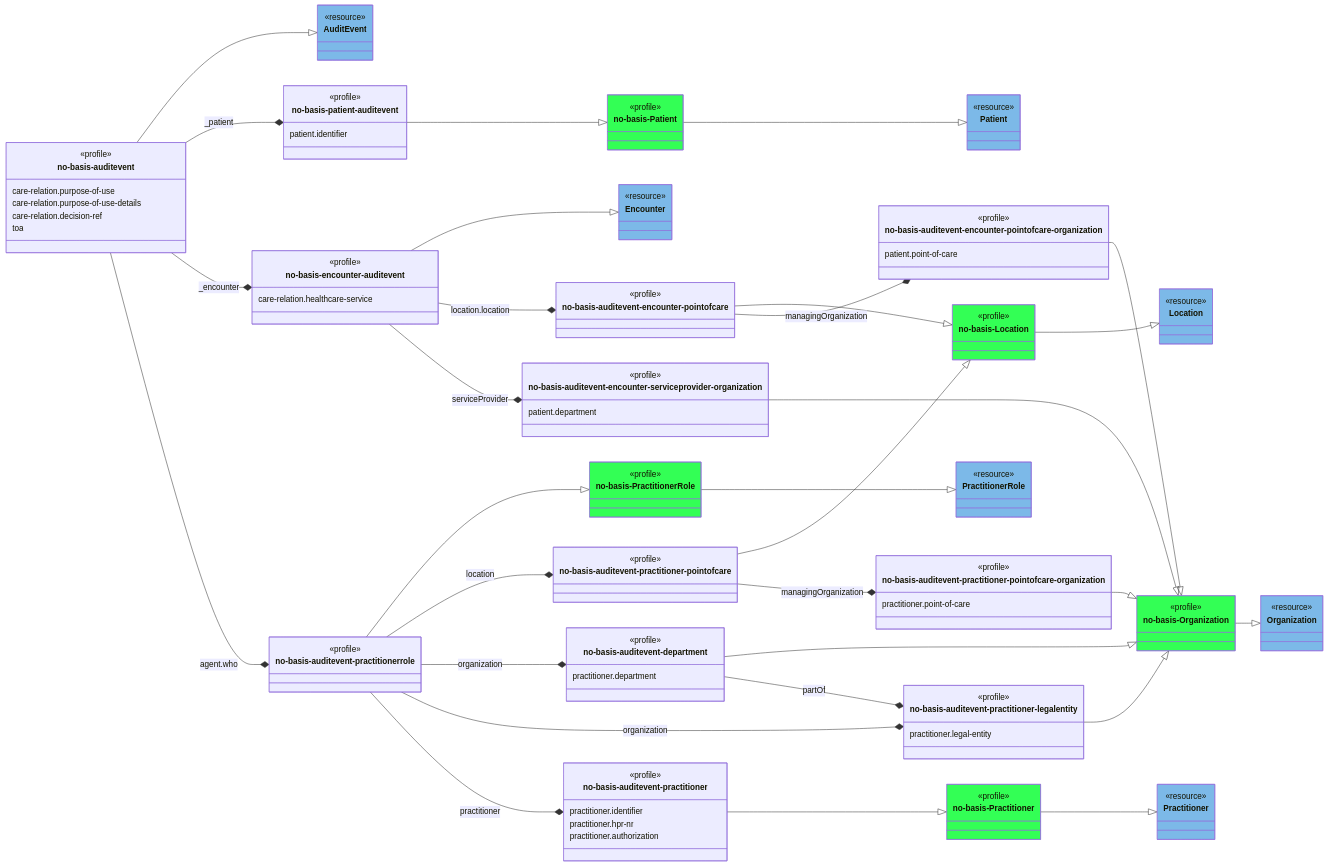
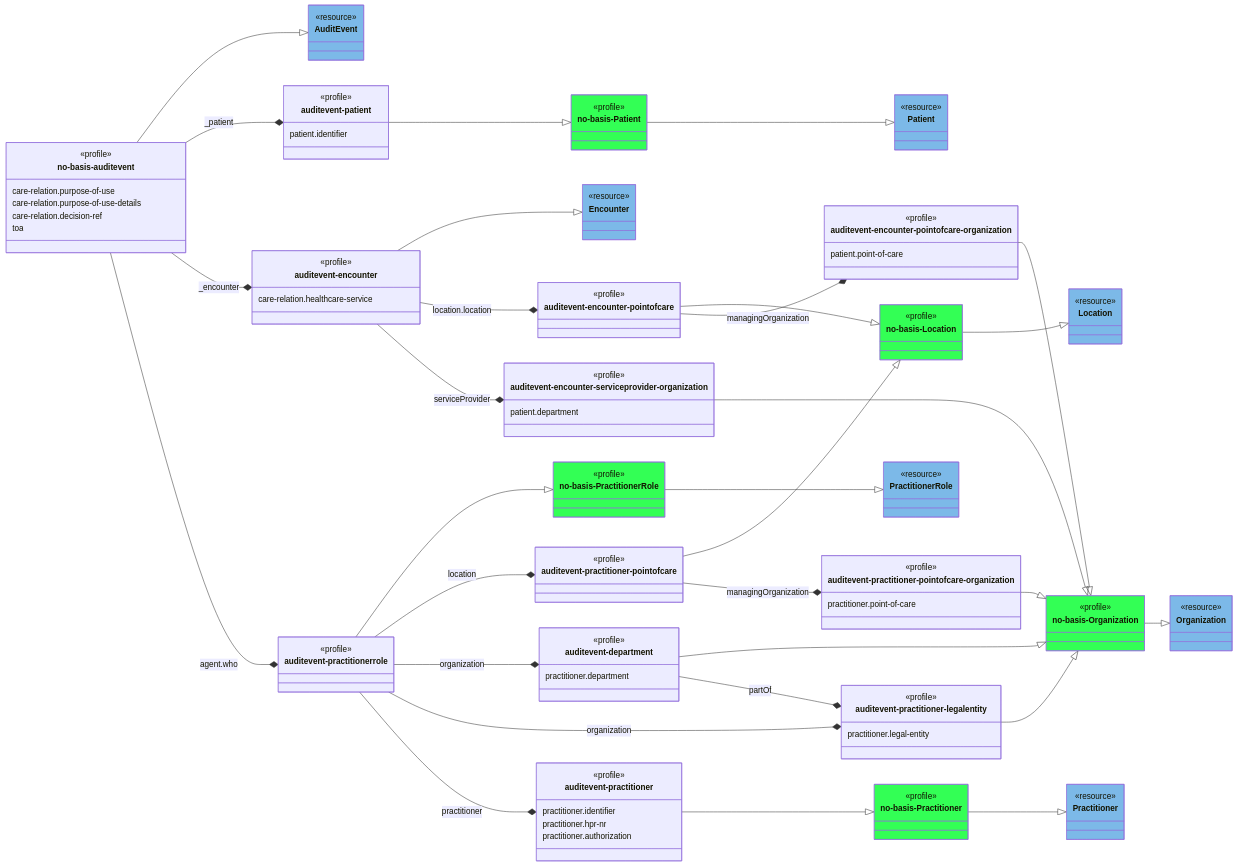
Before and after one commit to HL7Norway/AuditEvent: the diagram in AuditEvent/input/images/AuditEvent-ClassDiagram.mmd, drawn with Mermaid. The commit also changed other lines of this file and 11 other files, not shown here.

```diff
--- a/AuditEvent/input/images/AuditEvent-ClassDiagram.mmd
+++ b/AuditEvent/input/images/AuditEvent-ClassDiagram.mmd
@@ -1,138 +1,136 @@
 classDiagram
    direction RL
    class AuditEvent { <<resource>>  }
    style AuditEvent fill:#7CB9E8
    class Practitioner { <<resource>> }
    style Practitioner fill:#7CB9E8   
    class PractitionerRole { <<resource>> }
    style PractitionerRole fill:#7CB9E8      
    class Organization { <<resource>> }
    style Organization fill:#7CB9E8         
    class Location { <<resource>> }
    style Location fill:#7CB9E8        
    class Patient { <<resource>> }
    style Patient fill:#7CB9E8           
    class Encounter { <<resource>> }
    style Encounter fill:#7CB9E8 
+  
  
    class no_basis_Patient["no-basis-Patient"]  {<<profile>>}
    class no_basis_Location["no-basis-Location"] {<<profile>>}
    class no_basis_PractitionerRole["no-basis-PractitionerRole"] {<<profile>>}
    class no_basis_Organization["no-basis-Organization"] {<<profile>>}
    class no_basis_Practitioner["no-basis-Practitioner"] {<<profile>>}
    style no_basis_Practitioner fill:#33FF55 
    style no_basis_Patient fill:#33FF55 
    style no_basis_Location fill:#33FF55 
    style no_basis_Organization fill:#33FF55     
    style no_basis_PractitionerRole fill:#33FF55     
                
    class no-basis-auditevent {
      <<profile>>
      care-relation.purpose-of-use
      care-relation.purpose-of-use-details
      care-relation.decision-ref     
      toa
    }
   
 
-   class no-basis-auditevent-practitionerrole  {<<profile>>}
-   class no-basis-auditevent-department { 
+   class auditevent-practitionerrole  {<<profile>>}
+   class auditevent-department { 
      <<profile>>
      practitioner.department
    }   
+  
 
-   class no-basis-auditevent-practitioner  {
+   class auditevent-practitioner  {
      <<profile>>
      practitioner.identifier
      practitioner.hpr-nr
      practitioner.authorization
    }
 
-   class no-basis-auditevent-practitioner-legalentity {
+   class auditevent-practitioner-legalentity {
      <<profile>>
      practitioner.legal-entity
    }
-   class no-basis-auditevent-practitioner-pointofcare {<<profile>>}
-   class no-basis-auditevent-practitioner-pointofcare-organization {
+   class auditevent-practitioner-pointofcare {<<profile>>}
+   class auditevent-practitioner-pointofcare-organization {
      <<profile>>
      practitioner.point-of-care
    }
-   class no-basis-encounter-auditevent {
+   class auditevent-encounter {
      <<profile>>
      care-relation.healthcare-service
    }
-   class no-basis-patient-auditevent {
+   class auditevent-patient {
      <<profile>>
      patient.identifier
    }
 
-   class no-basis-auditevent-encounter-pointofcare {<<profile>>}
-   class no-basis-auditevent-encounter-pointofcare-organization {
+   class auditevent-encounter-pointofcare {<<profile>>}
+   class auditevent-encounter-pointofcare-organization {
      <<profile>>
      patient.point-of-care     
    }
-   class no-basis-auditevent-encounter-serviceprovider-organization {
+   class auditevent-encounter-serviceprovider-organization {
      <<profile>>
      patient.department
    }
 
-
    AuditEvent <|-- no-basis-auditevent 
-   no_basis_PractitionerRole <|-- no-basis-auditevent-practitionerrole 
-   no_basis_Practitioner <|-- no-basis-auditevent-practitioner
-   no_basis_Organization <|-- no-basis-auditevent-department   
-   no_basis_Organization <|-- no-basis-auditevent-practitioner-legalentity
-   no_basis_Organization <|-- no-basis-auditevent-encounter-pointofcare-organization
-   no_basis_Organization <|-- no-basis-auditevent-practitioner-pointofcare-organization
-   no_basis_Organization <|-- no-basis-auditevent-encounter-serviceprovider-organization
-   no_basis_Location <|-- no-basis-auditevent-encounter-pointofcare
-   no_basis_Location <|-- no-basis-auditevent-practitioner-pointofcare
+   no_basis_PractitionerRole <|-- auditevent-practitionerrole 
+   no_basis_Practitioner <|-- auditevent-practitioner
+   no_basis_Organization <|-- auditevent-department   
+   no_basis_Organization <|-- auditevent-practitioner-legalentity
+   no_basis_Organization <|-- auditevent-encounter-pointofcare-organization
+   no_basis_Organization <|-- auditevent-practitioner-pointofcare-organization
+   no_basis_Organization <|-- auditevent-encounter-serviceprovider-organization
+   no_basis_Location <|-- auditevent-encounter-pointofcare
+   no_basis_Location <|-- auditevent-practitioner-pointofcare
    Location <|-- no_basis_Location
-   no_basis_Patient <|-- no-basis-patient-auditevent
+   no_basis_Patient <|-- auditevent-patient
    Patient <|-- no_basis_Patient
-   Encounter <|-- no-basis-encounter-auditevent
+   Encounter <|-- auditevent-encounter
    PractitionerRole <|-- no_basis_PractitionerRole
    Organization <|-- no_basis_Organization
    Practitioner <|--  no_basis_Practitioner
   
-   
-  
-    no-basis-auditevent-practitioner-pointofcare-organization *-- no-basis-auditevent-practitioner-pointofcare : managingOrganization
-    no-basis-auditevent-practitioner-legalentity *-- no-basis-auditevent-department : partOf
-    no-basis-auditevent-encounter-pointofcare *-- no-basis-encounter-auditevent : location.location
-    no-basis-auditevent-encounter-serviceprovider-organization *-- no-basis-encounter-auditevent: serviceProvider
-    no-basis-auditevent-encounter-pointofcare-organization *-- no-basis-auditevent-encounter-pointofcare : managingOrganization
-    no-basis-auditevent-practitioner-pointofcare *-- no-basis-auditevent-practitionerrole  : location
-    no-basis-auditevent-department *-- no-basis-auditevent-practitionerrole  : organization
-    no-basis-auditevent-practitioner-legalentity *-- no-basis-auditevent-practitionerrole  : organization
-    no-basis-auditevent-practitioner *-- no-basis-auditevent-practitionerrole  : practitioner
-    no-basis-patient-auditevent *-- no-basis-auditevent  : _patient
-    no-basis-encounter-auditevent *-- no-basis-auditevent  : _encounter
-    no-basis-auditevent-practitionerrole  *-- no-basis-auditevent  : agent.who
+    auditevent-practitioner-pointofcare-organization *-- auditevent-practitioner-pointofcare : managingOrganization
+    auditevent-practitioner-legalentity *-- auditevent-department : partOf
+    auditevent-encounter-pointofcare *-- auditevent-encounter : location.location
+    auditevent-encounter-serviceprovider-organization *-- auditevent-encounter: serviceProvider
+    auditevent-encounter-pointofcare-organization *-- auditevent-encounter-pointofcare : managingOrganization
+    auditevent-practitioner-pointofcare *-- auditevent-practitionerrole  : location
+    auditevent-department *-- auditevent-practitionerrole  : organization
+    auditevent-practitioner-legalentity *-- auditevent-practitionerrole  : organization
+    auditevent-practitioner *-- auditevent-practitionerrole  : practitioner
+    auditevent-patient *-- no-basis-auditevent  : _patient
+    auditevent-encounter *-- no-basis-auditevent  : _encounter
+    auditevent-practitionerrole  *-- no-basis-auditevent  : agent.who
     
-
     link AuditEvent "https://hl7.org/fhir/R4/auditevent.html" 
     link Practitioner "https://hl7.org/fhir/R4/practitioner.html" 
     link PractitionerRole "https://hl7.org/fhir/R4/practitionerrole.html" 
     link Organization "https://hl7.org/fhir/R4/organization.html" 
     link Location "https://hl7.org/fhir/R4/location.html" 
     link Patient  "https://hl7.org/fhir/R4/patient.html" 
     link Encounter "https://hl7.org/fhir/R4/encounter.html" 
 
     link no-basis-auditevent "StructureDefinition-no-basis-auditevent.html"
-    link no-basis-auditevent-practitionerrole  "StructureDefinition-AuditEventNorwayPractitionerRole.html"
-    link no-basis-auditevent-department "StructureDefinition-AuditEventNorwayPractitionerDepartment.html"
-    link no-basis-auditevent-practitioner "StructureDefinition-AuditEventNorwayPractitioner.html"
-    link no-basis-auditevent-practitioner-legalentity "StructureDefinition-AuditEventNorwayPractitionerLegalEntity.html"
-    link no-basis-auditevent-practitioner-pointofcare "StructureDefinition-AuditEventNorwayPractitionerPointOfCare.html"
-    link no-basis-auditevent-practitioner-pointofcare-organization "StructureDefinition-AuditEventNorwayPractitionerPointOfCareOrganization.html"
-    link no-basis-encounter-auditevent "StructureDefinition-no-basis-encounter-auditevent.html"
-    link no-basis-patient-auditevent "StructureDefinition-no-basis-patient-auditevent.html"
-    link no-basis-auditevent-encounter-pointofcare "StructureDefinition-AuditEventNorwayEncounterPointOfCare.html"
-    link no-basis-auditevent-encounter-pointofcare-organization "StructureDefinition-AuditEventNorwayEncounterPointOfCareOrganization.html"
-    link no-basis-auditevent-encounter-serviceprovider-organization "StructureDefinition-AuditEventNorwayEncounterServiceProviderOrganization.html"
+    link auditevent-practitionerrole  "StructureDefinition-auditevent-practitionerrole.html"
+    link auditevent-department "StructureDefinition-auditevent-department.html"
+    link auditevent-practitioner "StructureDefinition-auditevent-practitioner.html"
+    link auditevent-practitioner-legalentity "StructureDefinition-auditevent-practitioner-legalentity.html"
+    link auditevent-practitioner-pointofcare "StructureDefinition-auditevent-practitioner-pointofcare.html"
+    link auditevent-practitioner-pointofcare-organization "StructureDefinition-auditevent-practitioner-pointofcare-organization.html"
+    link auditevent-encounter "StructureDefinition-auditevent-encounter.html"
+    link auditevent-patient "StructureDefinition-auditevent-patient.html"
+    link auditevent-encounter-pointofcare "StructureDefinition-auditevent-encounter-pointofcare.html"
+    link auditevent-encounter-pointofcare-organization "StructureDefinition-auditevent-encounter-pointofcare-organization.html"
+    link auditevent-encounter-serviceprovider-organization "StructureDefinition-auditevent-encounter-serviceprovider-organization.html"
     link no_basis_Patient "https://simplifier.net/hl7norwayno-basis/nobasispatient"
     link no_basis_Location "https://simplifier.net/hl7norwayno-basis/nobasislocation"
     link no_basis_PractitionerRole "https://simplifier.net/hl7norwayno-basis/nobasispractitionerrole"
     link no_basis_Organization "https://simplifier.net/hl7norwayno-basis/nobasisorganization"
     link no_basis_Practitioner "https://simplifier.net/hl7norwayno-basis/nobasispractitioner"
```
